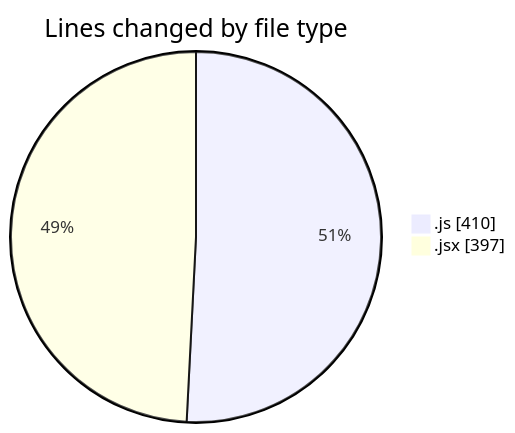
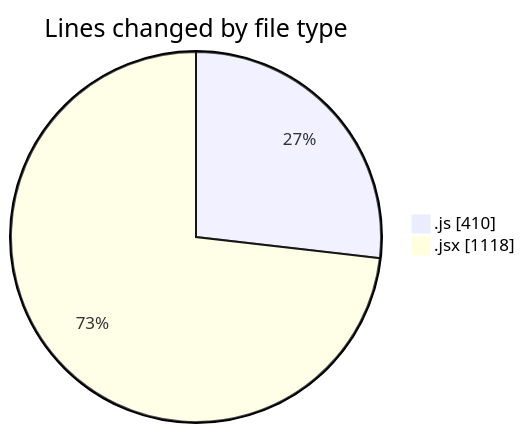
Before and after one commit to nxtqubesakshisongat/code-tracking: the first of 2 diagrams in 2025-08-28/nxtqube_webapp/README.md, drawn with Mermaid. The commit also changed other lines of this file and 1 other file, not shown here.

````diff
--- a/2025-08-28/nxtqube_webapp/README.md
+++ b/2025-08-28/nxtqube_webapp/README.md
@@ -22,6 +23,6 @@
 ```mermaid
 pie showData
 title Lines changed by file type
 ".js" : 410
-".jsx" : 397
+".jsx" : 1118
 ```
````
